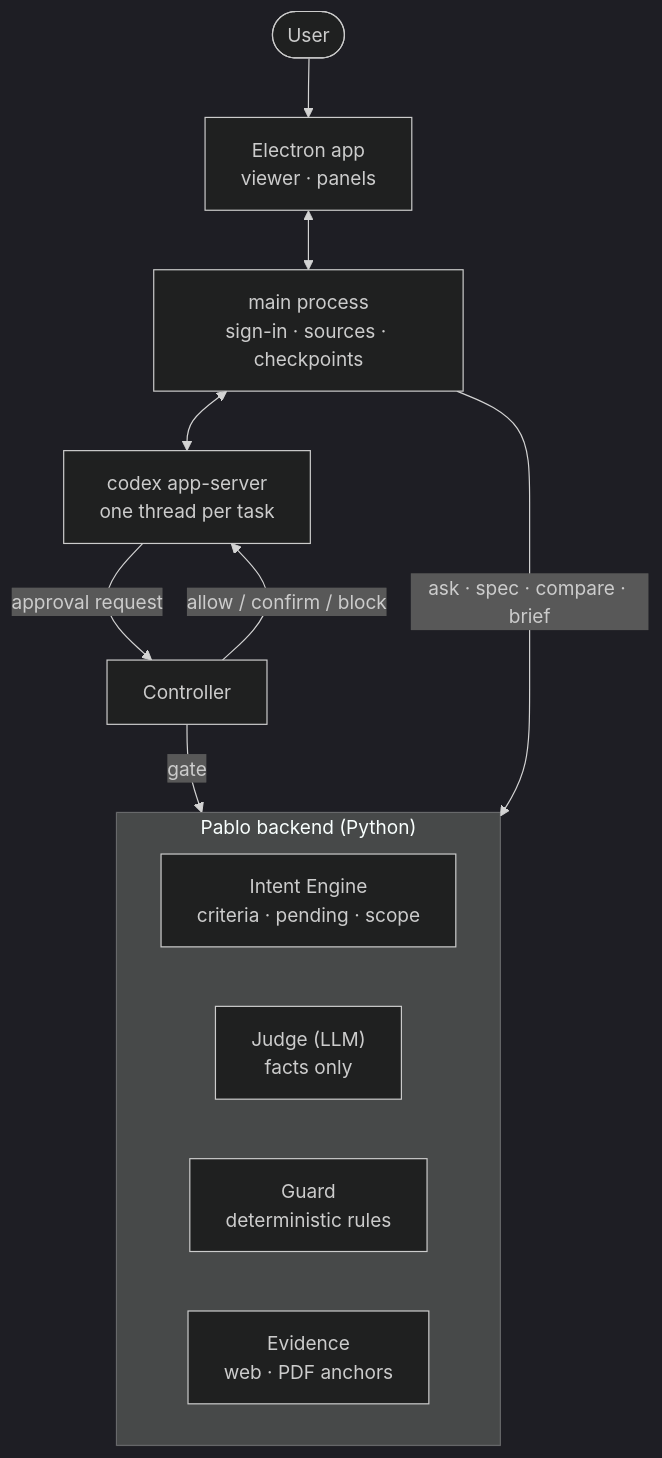
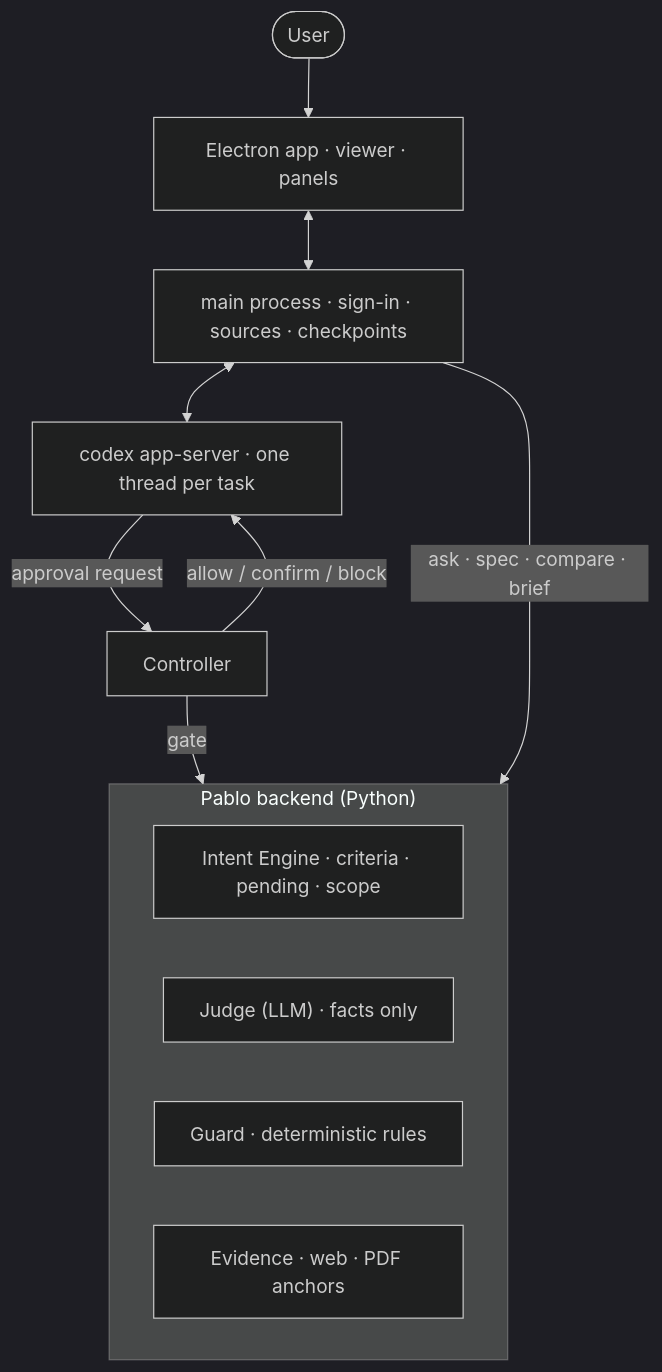
One commit to PabloITMST/Pablo_application changed the diagram in README.en.md. Above: the diagram before and after it, drawn with Mermaid (dark theme). The commit also changed other lines of this file, not shown here.

````diff
--- a/README.en.md
+++ b/README.en.md
@@ -127,16 +126,16 @@
 ```mermaid
 flowchart TD
-  user([User]) --> ui["Electron app<br/>viewer · panels"]
-  ui <--> main["main process<br/>sign-in · sources · checkpoints"]
-  main <--> agent["codex app-server<br/>one thread per task"]
+  user([User]) --> ui["Electron app · viewer · panels"]
+  ui <--> main["main process · sign-in · sources · checkpoints"]
+  main <--> agent["codex app-server · one thread per task"]
   agent -- "approval request" --> ctrl["Controller"]
   ctrl -- "gate" --> backend
   subgraph backend["Pablo backend (Python)"]
-    intent["Intent Engine<br/>criteria · pending · scope"]
-    judge["Judge (LLM)<br/>facts only"]
-    guard["Guard<br/>deterministic rules"]
-    evidence["Evidence<br/>web · PDF anchors"]
+    intent["Intent Engine · criteria · pending · scope"]
+    judge["Judge (LLM) · facts only"]
+    guard["Guard · deterministic rules"]
+    evidence["Evidence · web · PDF anchors"]
   end
   ctrl -- "allow / confirm / block" --> agent
   main -- "ask · spec · compare · brief" --> backend
 ```
````
